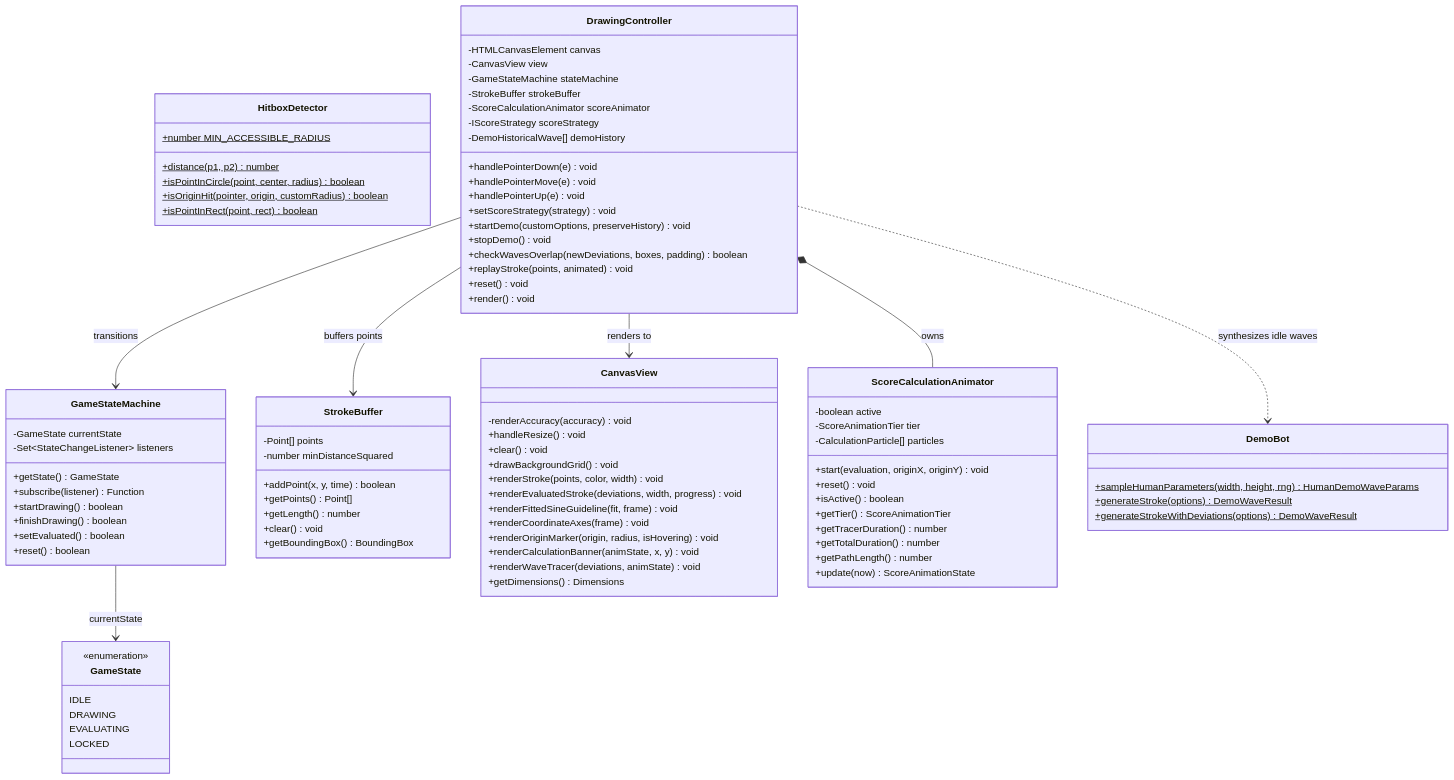
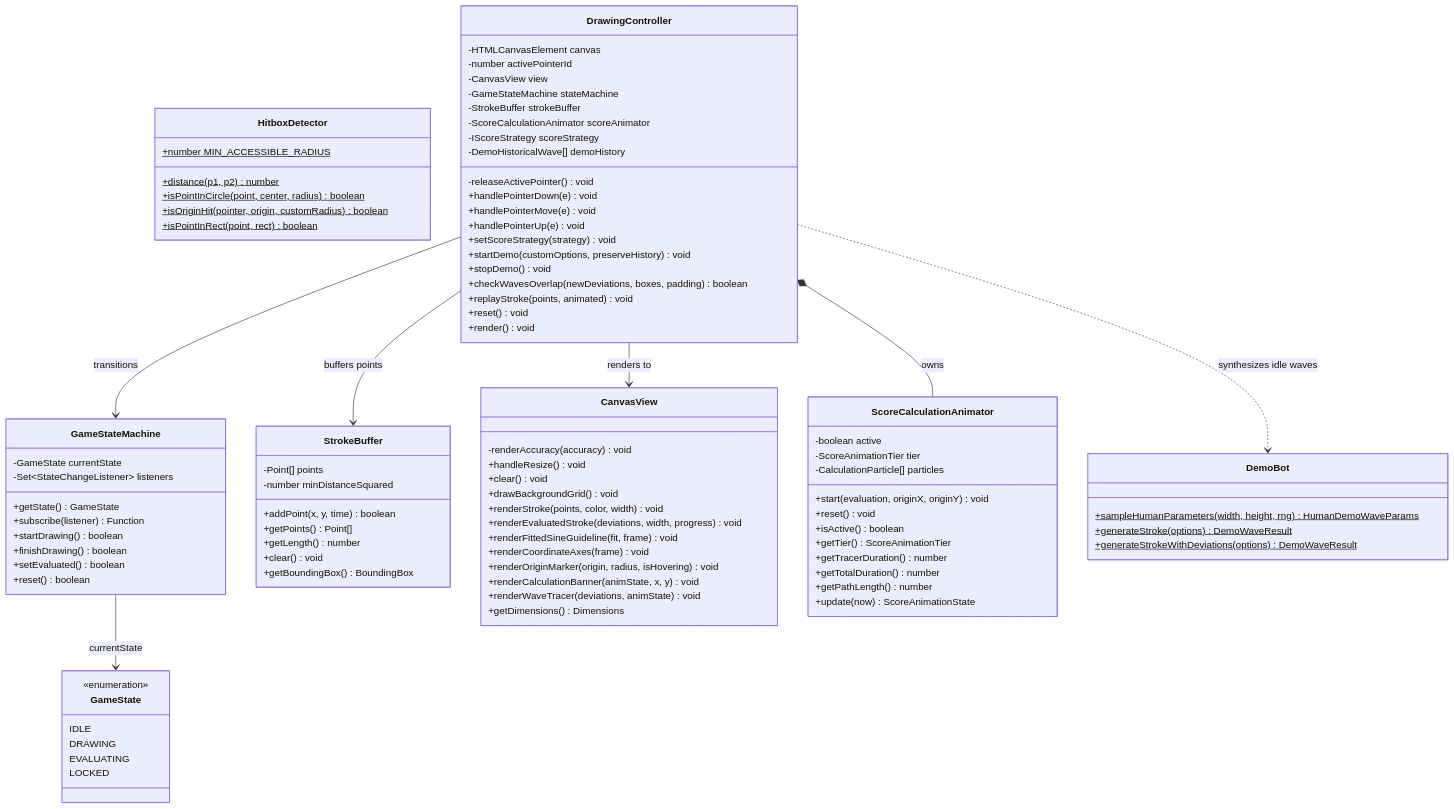
The first of 5 diagrams in docs/ARCHITECTURE.md (maxmmueller/perfect-sine), drawn with Mermaid before and after one commit. The commit also changed other lines of this file and 4 other files, not shown here.

Commit message:
fix(input): restrict drawing to the first active pointer

```diff
--- a/docs/ARCHITECTURE.md
+++ b/docs/ARCHITECTURE.md
@@ -84,6 +94,8 @@
 
     class DrawingController {
         -HTMLCanvasElement canvas
+        -number activePointerId
+        -releaseActivePointer() void
         -CanvasView view
         -GameStateMachine stateMachine
         -StrokeBuffer strokeBuffer
```
